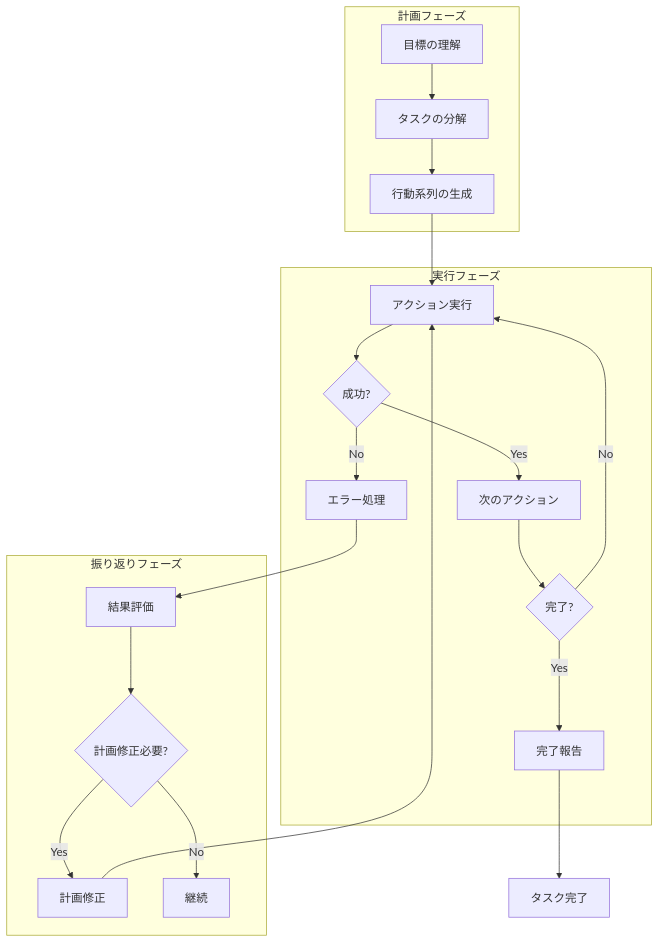
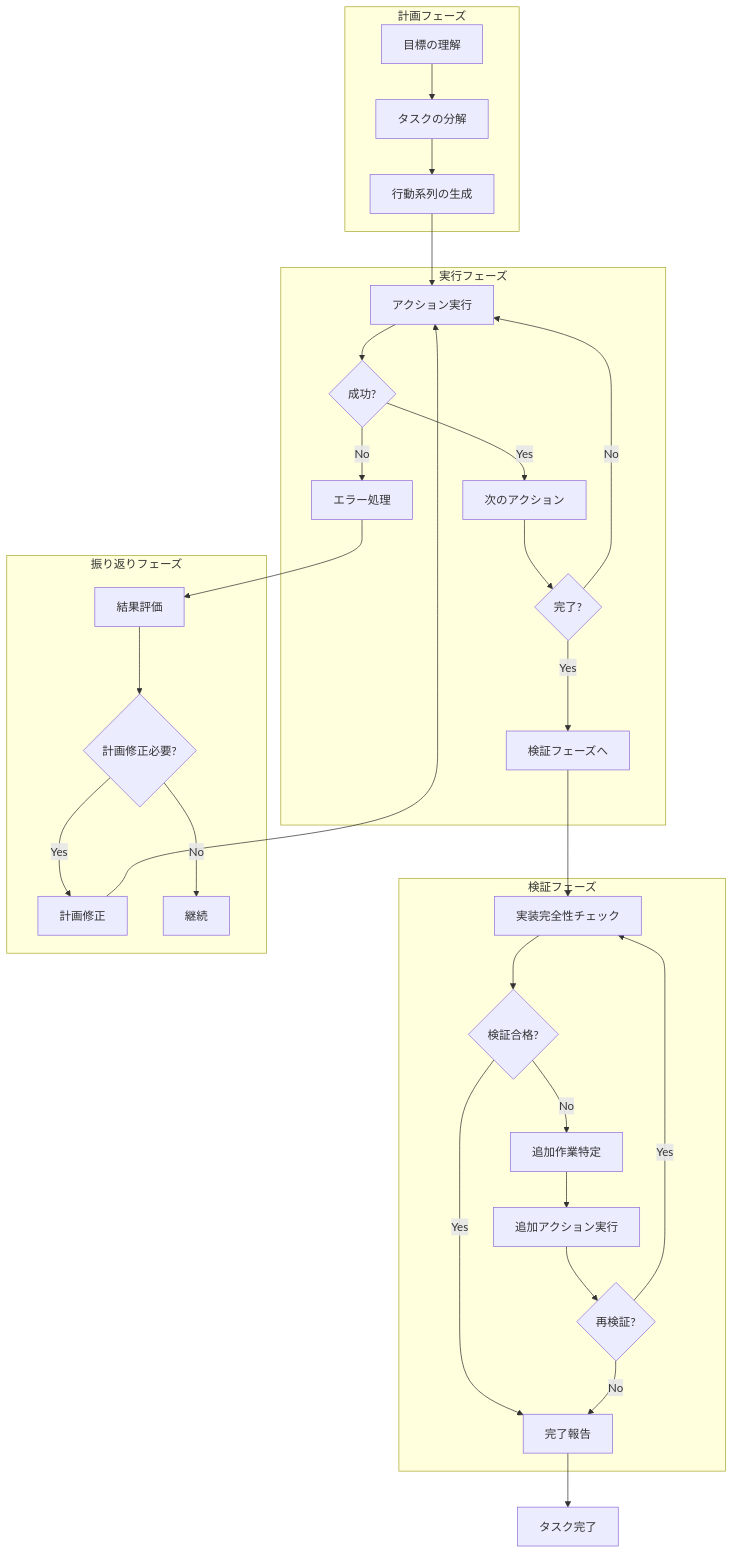
Before and after one commit to notfolder/coding_agent: the first of 5 diagrams in docs/spec/PLANNING_SPECIFICATION.md, drawn with Mermaid. The commit also changed other lines of this file and 7 other files, not shown here.

````diff
--- a/docs/spec/PLANNING_SPECIFICATION.md
+++ b/docs/spec/PLANNING_SPECIFICATION.md
@@ -34,27 +34,38 @@
 ```mermaid
 flowchart TD
     subgraph Planning[計画フェーズ]
         A[目標の理解] --> B[タスクの分解]
         B --> C[行動系列の生成]
     end
     
     subgraph Execution[実行フェーズ]
         D[アクション実行] --> E{成功?}
         E -->|Yes| F[次のアクション]
         E -->|No| G[エラー処理]
         F --> H{完了?}
         H -->|No| D
-        H -->|Yes| I[完了報告]
+        H -->|Yes| I[検証フェーズへ]
+    end
+    
+    subgraph Verification[検証フェーズ]
+        V1[実装完全性チェック] --> V2{検証合格?}
+        V2 -->|Yes| V3[完了報告]
+        V2 -->|No| V4[追加作業特定]
+        V4 --> V5[追加アクション実行]
+        V5 --> V6{再検証?}
+        V6 -->|Yes| V1
+        V6 -->|No| V3
     end
     
     subgraph Reflection[振り返りフェーズ]
         J[結果評価] --> K{計画修正必要?}
         K -->|Yes| L[計画修正]
         L --> D
         K -->|No| M[継続]
     end
     
     C --> D
     G --> J
-    I --> N[タスク完了]
+    I --> V1
+    V3 --> N[タスク完了]
 ```
````
